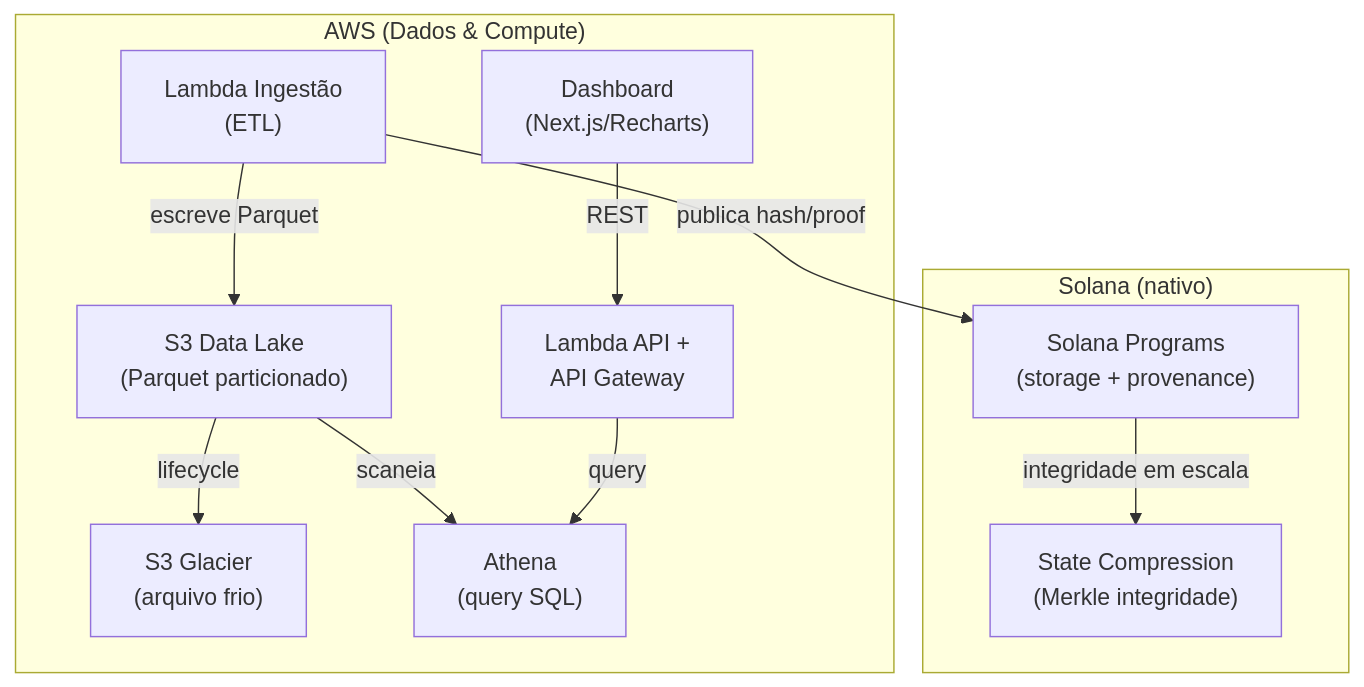
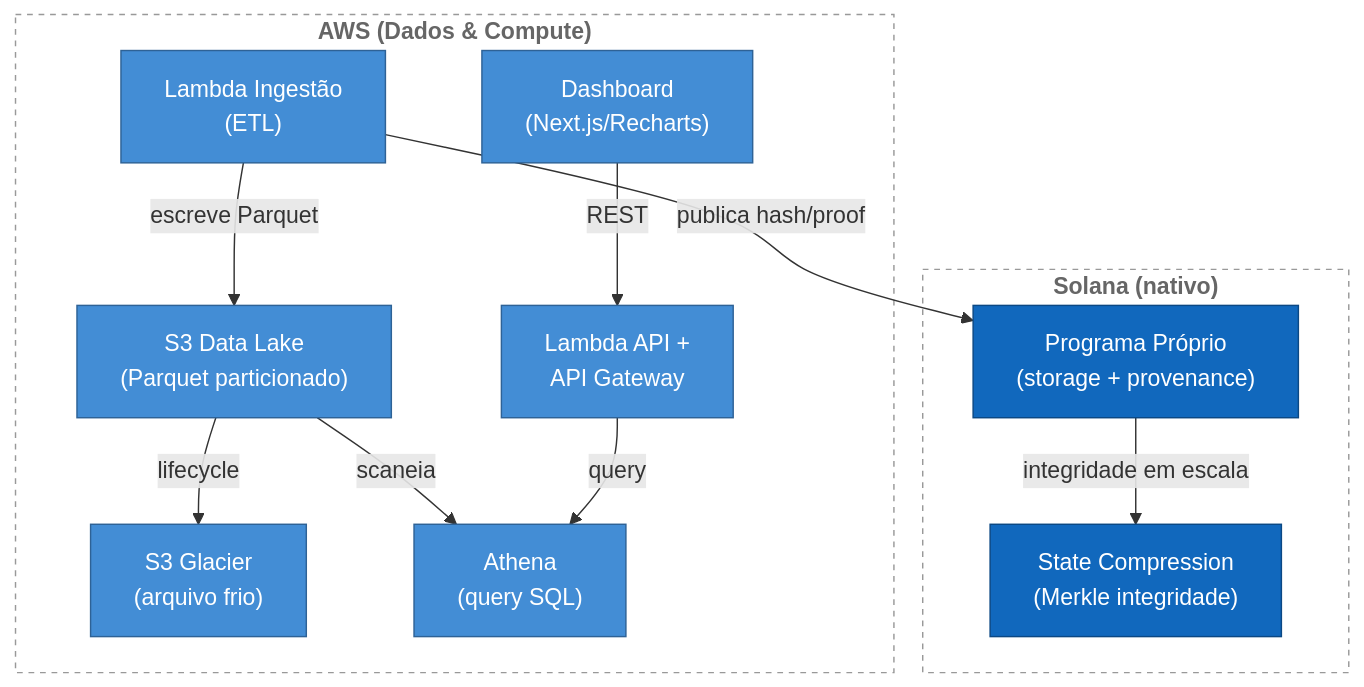
Before and after one commit to cesschneider/colosseum-hackathon: the diagram in docs/architecture/img/c4-level2-containers.mmd, drawn with Mermaid. The commit also changed 8 other files, not shown here.

Commit message:
docs(architecture): Artefato @architect (programa Anchor) + diagramas C4 estilizados e PNGs regenerados

```diff
--- a/docs/architecture/img/c4-level2-containers.mmd
+++ b/docs/architecture/img/c4-level2-containers.mmd
@@ -1,23 +1,31 @@
 flowchart TB
+    %% C4 Model styling
+    classDef container fill:#438DD5,color:#fff,stroke:#2E6296,stroke-width:1px
+    classDef chain fill:#1168BD,color:#fff,stroke:#0B4884,stroke-width:1px
+    classDef bound fill:none,color:#666,stroke:#999,stroke-dasharray:4 4,font-weight:bold
+
     subgraph AWS["AWS (Dados & Compute)"]
         S3["S3 Data Lake<br/>(Parquet particionado)"]
         Glacier["S3 Glacier<br/>(arquivo frio)"]
         Athena["Athena<br/>(query SQL)"]
         Ingest["Lambda Ingestão<br/>(ETL)"]
         API["Lambda API +<br/>API Gateway"]
         Frontend["Dashboard<br/>(Next.js/Recharts)"]
     end
 
-    subgraph Web3["Solana (nativo)"]
-        Chain["Solana Programs<br/>(storage + provenance)"]
+    subgraph Sol["Solana (nativo)"]
+        Chain["Programa Próprio<br/>(storage + provenance)"]
         Compress["State Compression<br/>(Merkle integridade)"]
     end
 
     Ingest -->|"escreve Parquet"| S3
     S3 -->|"lifecycle"| Glacier
     S3 -->|"scaneia"| Athena
     API -->|"query"| Athena
     Frontend -->|"REST"| API
-
     Ingest -->|"publica hash/proof"| Chain
     Chain -->|"integridade em escala"| Compress
+
+    class S3,Glacier,Athena,Ingest,API,Frontend container
+    class Chain,Compress chain
+    class AWS,Sol bound
```
